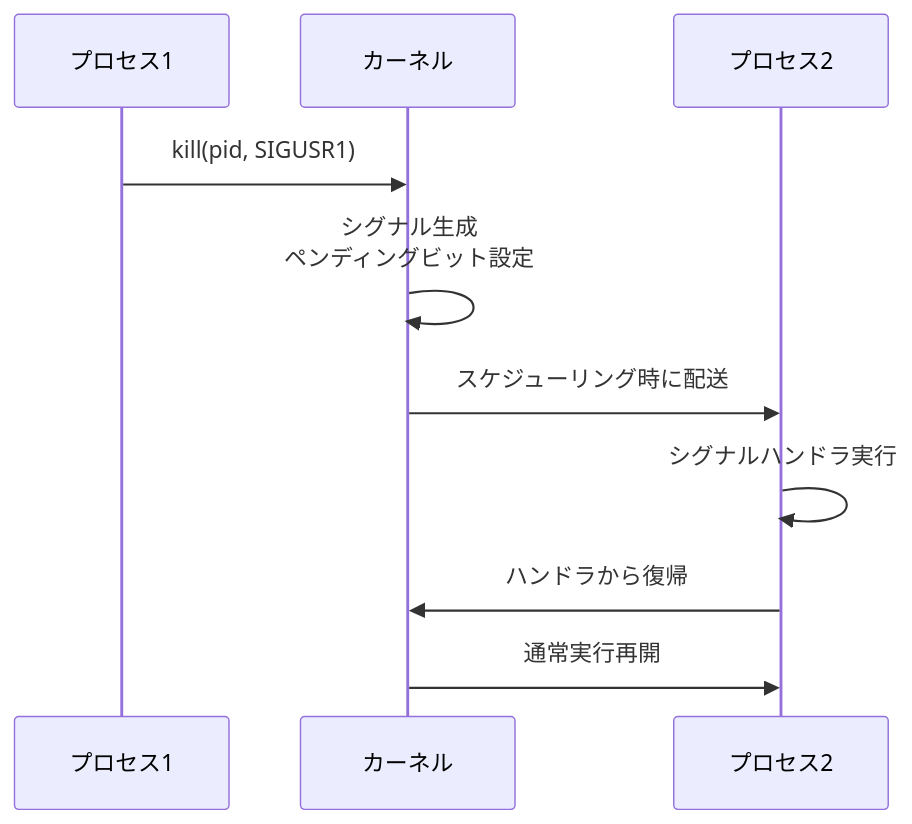
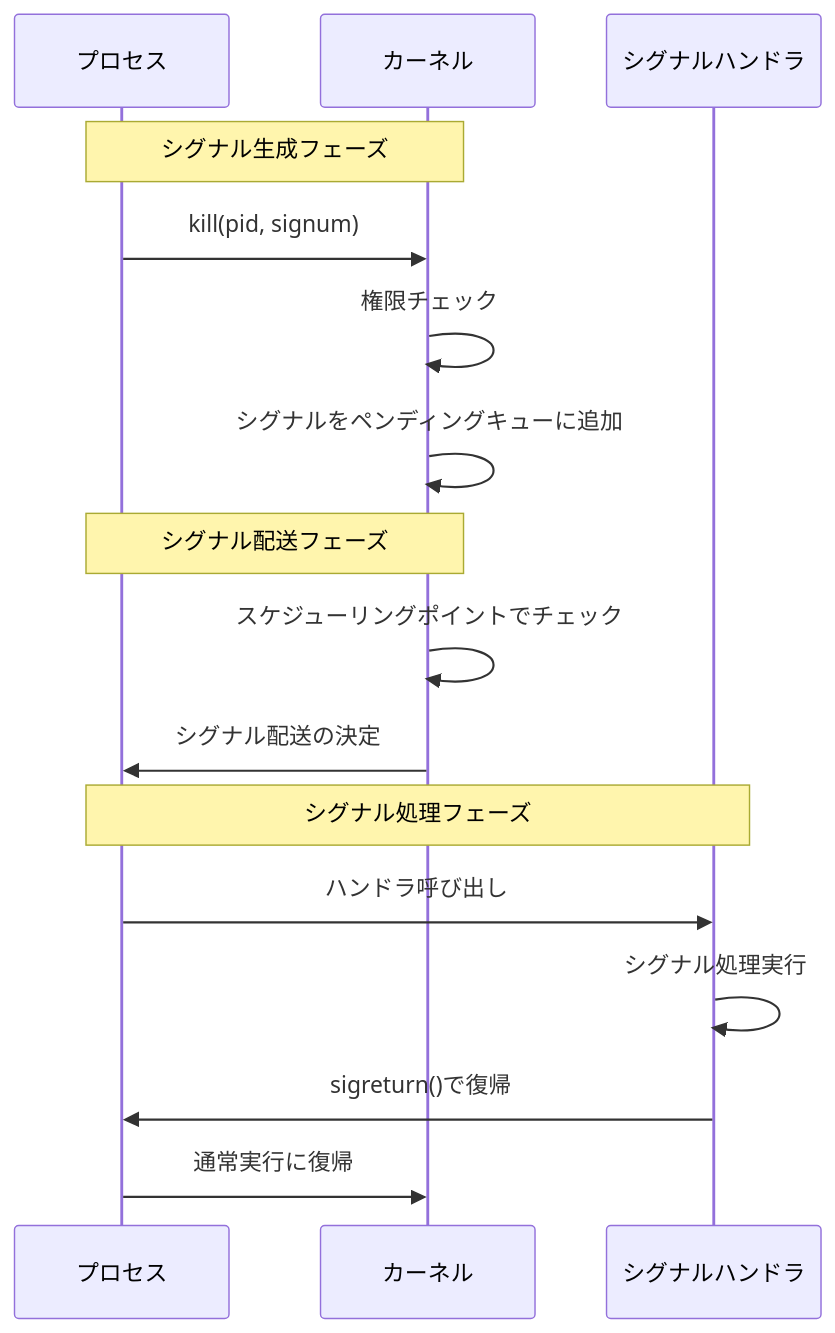
The fourth of 11 diagrams in articles/linux/signal.md (gtnao/viblog), drawn with Mermaid before and after one commit. The commit also changed other lines of this file and 69 other files, not shown here.

````diff
--- a/articles/linux/signal.md
+++ b/articles/linux/signal.md
@@ -50,13 +90,21 @@
 ```mermaid
 sequenceDiagram
-    participant P1 as プロセス1
+    participant P as プロセス
     participant K as カーネル
-    participant P2 as プロセス2
+    participant H as シグナルハンドラ
     
-    P1->>K: kill(pid, SIGUSR1)
-    K->>K: シグナル生成<br/>ペンディングビット設定
-    K->>P2: スケジューリング時に配送
-    P2->>P2: シグナルハンドラ実行
-    P2->>K: ハンドラから復帰
-    K->>P2: 通常実行再開
+    Note over P,K: シグナル生成フェーズ
+    P->>K: kill(pid, signum)
+    K->>K: 権限チェック
+    K->>K: シグナルをペンディングキューに追加
+    
+    Note over K,P: シグナル配送フェーズ
+    K->>K: スケジューリングポイントでチェック
+    K->>P: シグナル配送の決定
+    
+    Note over P,H: シグナル処理フェーズ
+    P->>H: ハンドラ呼び出し
+    H->>H: シグナル処理実行
+    H->>P: sigreturn()で復帰
+    P->>K: 通常実行に復帰
 ```
````
